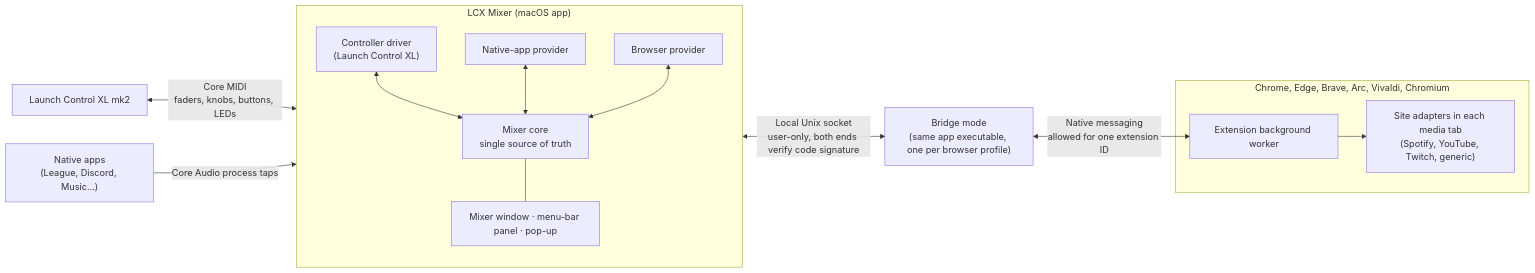
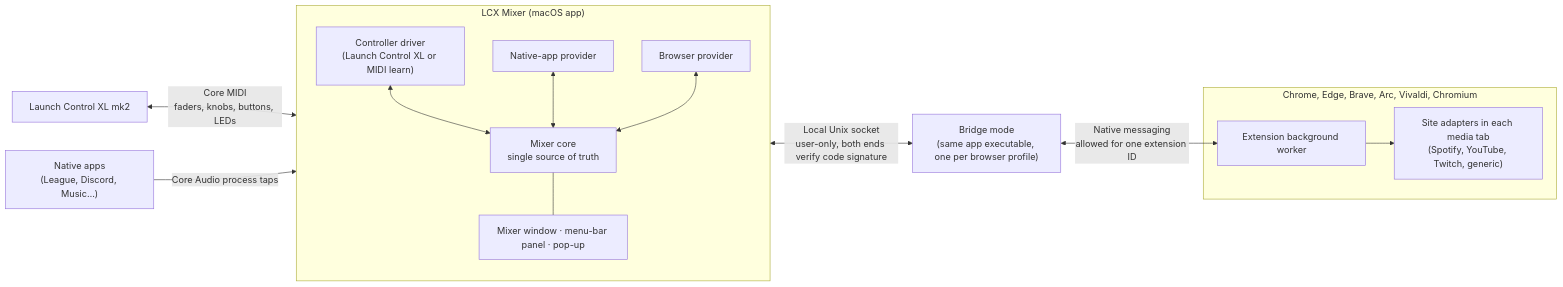
One commit to Blazenkoo/lcx-mixer changed the diagram in docs/SPEC.md. Above: the diagram before and after it, drawn with Mermaid. The commit also changed other lines of this file and 15 other files, not shown here.

Commit message:
v2 stage 3: text size, volume-curve graph, MIDI learn, mixer opens on launch

````diff
--- a/docs/SPEC.md
+++ b/docs/SPEC.md
@@ -50,25 +51,25 @@
 ```mermaid
 flowchart LR
     LCXL["Launch Control XL mk2"] <-->|"Core MIDI<br/>faders, knobs, buttons, LEDs"| DRIVER
     NATIVE["Native apps<br/>(League, Discord, Music…)"] -->|"Core Audio process taps"| NATIVEP
 
     subgraph APP["LCX Mixer (macOS app)"]
         direction TB
-        DRIVER["Controller driver<br/>(Launch Control XL)"]
+        DRIVER["Controller driver<br/>(Launch Control XL or MIDI learn)"]
         NATIVEP["Native-app provider"]
         BROWSERP["Browser provider"]
         CORE["Mixer core<br/>single source of truth"]
         UI["Mixer window · menu-bar panel · pop-up"]
         DRIVER <--> CORE
         NATIVEP <--> CORE
         BROWSERP <--> CORE
         CORE --- UI
     end
 
     BROWSERP <-->|"Local Unix socket<br/>user-only, both ends verify code signature"| BRIDGE["Bridge mode<br/>(same app executable, one per browser profile)"]
     BRIDGE <-->|"Native messaging<br/>allowed for one extension ID"| EXT
 
     subgraph BROWSER["Chrome, Edge, Brave, Arc, Vivaldi, Chromium"]
         EXT["Extension background worker"] --> ADAPT["Site adapters in each media tab<br/>(Spotify, YouTube, Twitch, generic)"]
     end
 ```
````
